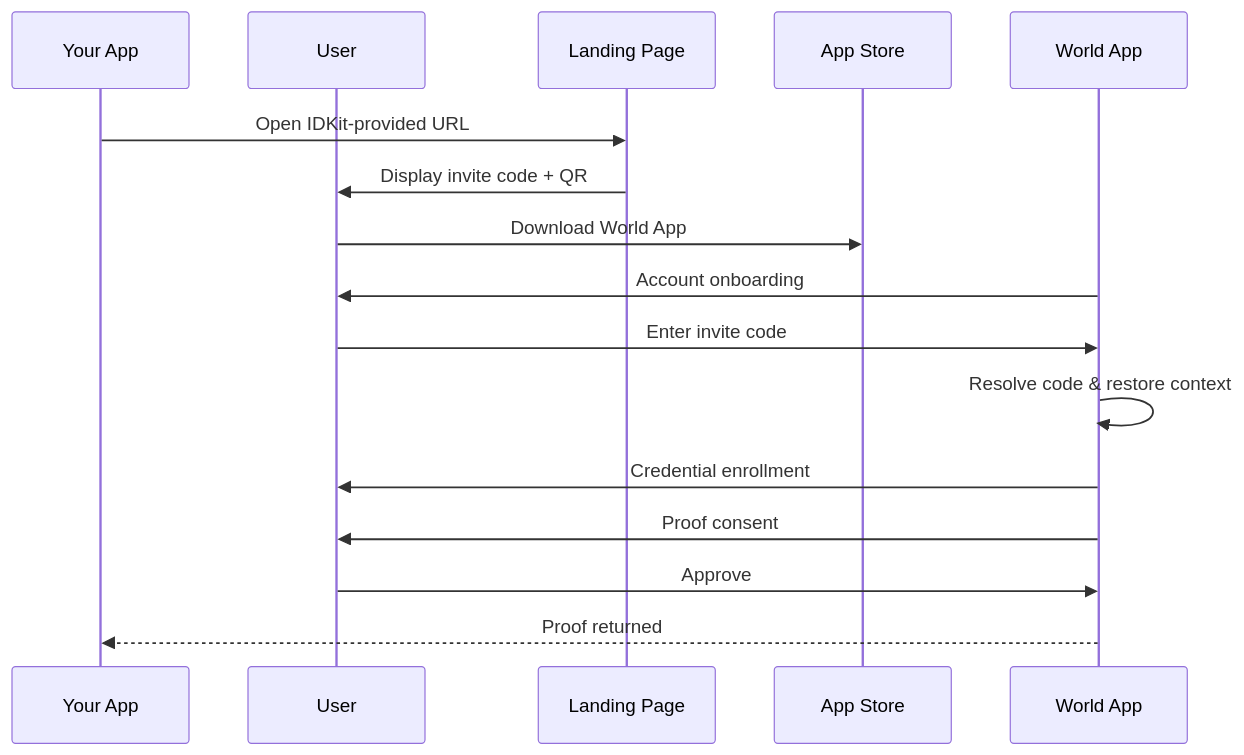
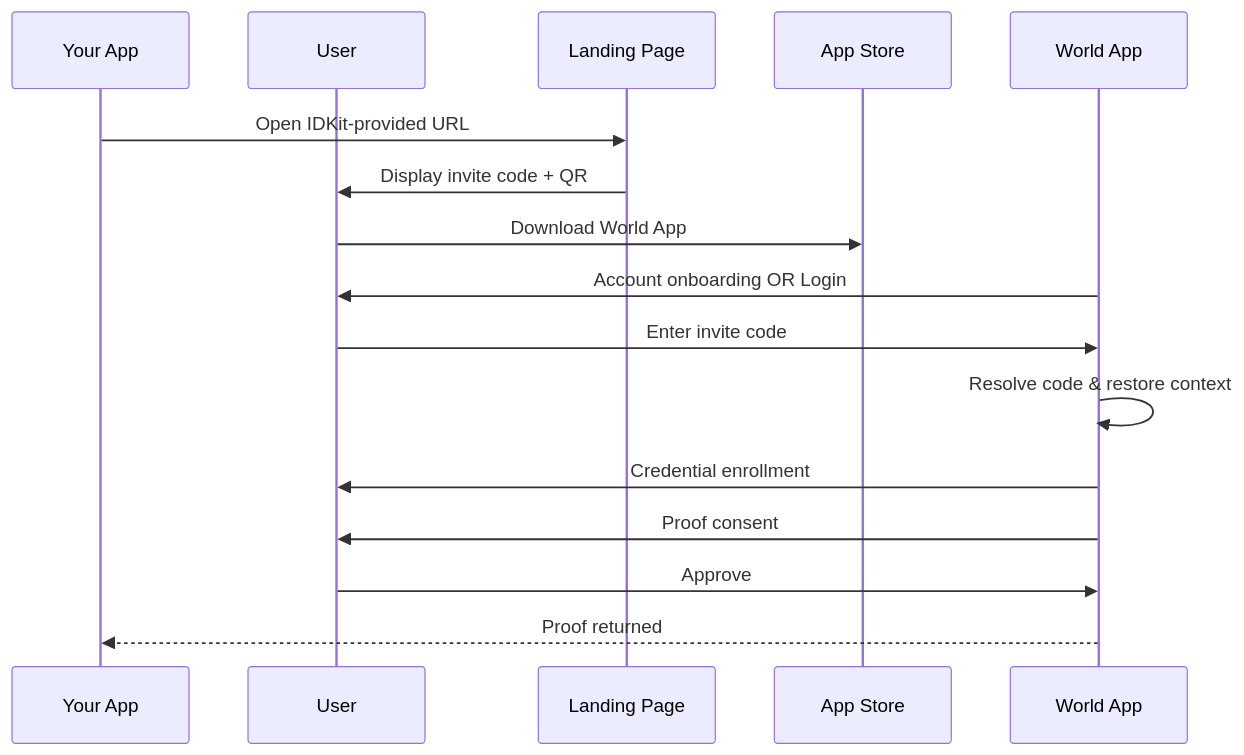
Before and after one commit to worldcoin/developer-docs: the third of 3 diagrams in world-id/idkit/verification-flows.mdx, drawn with Mermaid. The commit also changed other lines of this file and 1 other file, not shown here.

First line of the commit message:
simplify: verification flows docs page (#136)

````diff
--- a/world-id/idkit/verification-flows.mdx
+++ b/world-id/idkit/verification-flows.mdx
@@ -100,19 +103,19 @@
 ```mermaid
 sequenceDiagram
     participant App as Your App
     participant User
     participant LP as Landing Page
     participant Store as App Store
     participant WA as World App
 
     App->>LP: Open IDKit-provided URL
     LP->>User: Display invite code + QR
     User->>Store: Download World App
-    WA->>User: Account onboarding
+    WA->>User: Account onboarding OR Login
     User->>WA: Enter invite code
     WA->>WA: Resolve code & restore context
     WA->>User: Credential enrollment
     WA->>User: Proof consent
     User->>WA: Approve
     WA-->>App: Proof returned
 ```
````
